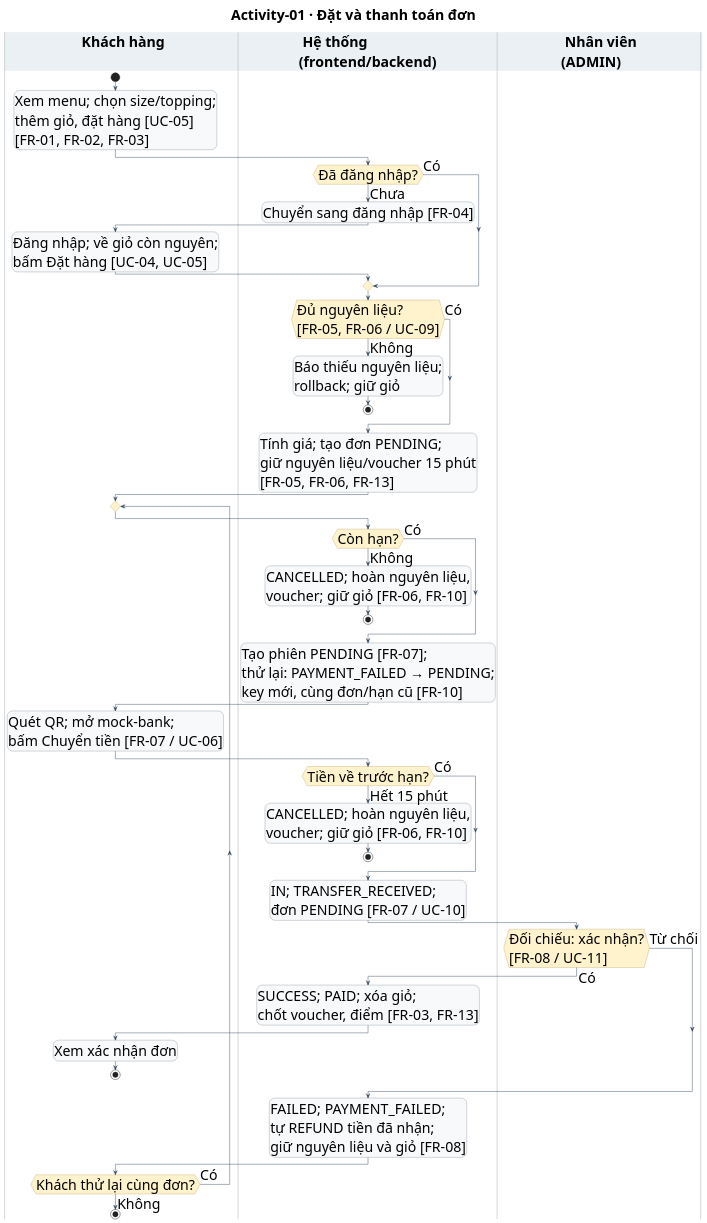
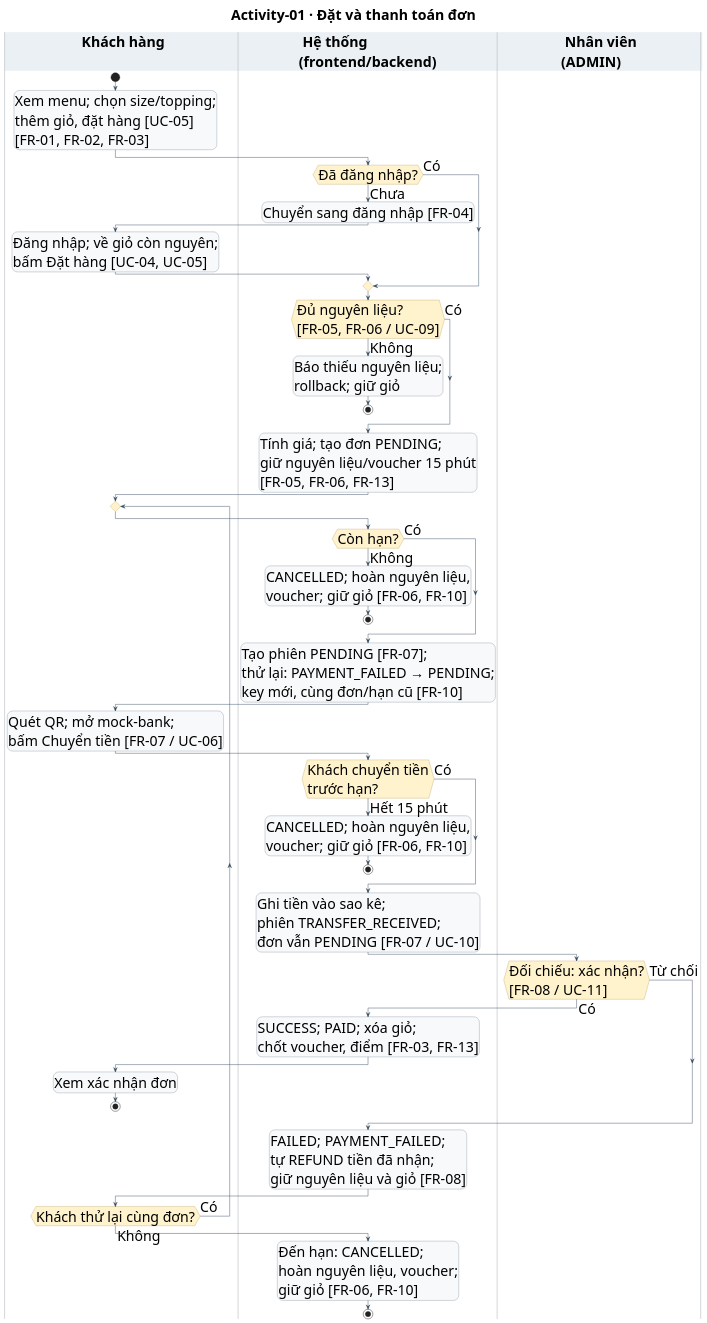
One commit to nhom6cnpm/brewlite-a2 changed the diagram in docs/diagrams/activity-checkout.puml. Above: the diagram before and after it, drawn with PlantUML. The commit also changed 3 other files, not shown here.

Commit message:
docs(diagrams): address checkout activity review

```diff
--- a/docs/diagrams/activity-checkout.puml
+++ b/docs/diagrams/activity-checkout.puml
@@ -1,80 +1,82 @@
 @startuml
 ' Activity-01 -- Task 2.1, issue #7. All required branches are in this file.
 !pragma useVerticalIf on
 skinparam defaultFontName Arial
 skinparam defaultFontSize 32
 skinparam titleFontSize 32
 skinparam shadowing false
 skinparam ArrowColor #34495E
 <style>
 activityDiagram {
   activity {
     Padding 2
   }
 }
 </style>
 skinparam activity {
   BackgroundColor #F7F9FA
   BorderColor #34495E
   DiamondBackgroundColor #FFF3CD
   DiamondBorderColor #9A6B16
 }
 skinparam swimlane {
   BorderColor #BDC3C7
   TitleBackgroundColor #EAF0F4
   TitleFontStyle bold
 }
 title Activity-01 · Đặt và thanh toán đơn
 |kh| Khách hàng
 |ht| Hệ thống\n(frontend/backend)
 |nv| Nhân viên\n(ADMIN)
 |kh|
 start
 :Xem menu; chọn size/topping;\nthêm giỏ, đặt hàng [UC-05]\n[FR-01, FR-02, FR-03];
 |ht|
 if (Đã đăng nhập?) then (Có)
 else (Chưa)
   :Chuyển sang đăng nhập [FR-04];
   |kh|
   :Đăng nhập; về giỏ còn nguyên;\nbấm Đặt hàng [UC-04, UC-05];
   |ht|
 endif
 if (Đủ nguyên liệu?\n[FR-05, FR-06 / UC-09]) then (Có)
 else (Không)
   :Báo thiếu nguyên liệu;\nrollback; giữ giỏ;
   stop
 endif
 :Tính giá; tạo đơn PENDING;\ngiữ nguyên liệu/voucher 15 phút\n[FR-05, FR-06, FR-13];
 |kh|
 repeat
   |ht|
   if (Còn hạn?) then (Có)
   else (Không)
     :CANCELLED; hoàn nguyên liệu,\nvoucher; giữ giỏ [FR-06, FR-10];
     stop
   endif
   :Tạo phiên PENDING [FR-07];\nthử lại: PAYMENT_FAILED → PENDING;\nkey mới, cùng đơn/hạn cũ [FR-10];
   |kh|
   :Quét QR; mở mock-bank;\nbấm Chuyển tiền [FR-07 / UC-06];
   |ht|
-  if (Tiền về trước hạn?) then (Có)
+  if (Khách chuyển tiền\ntrước hạn?) then (Có)
   else (Hết 15 phút)
     :CANCELLED; hoàn nguyên liệu,\nvoucher; giữ giỏ [FR-06, FR-10];
     stop
   endif
-  :IN; TRANSFER_RECEIVED;\nđơn PENDING [FR-07 / UC-10];
+  :Ghi tiền vào sao kê;\nphiên TRANSFER_RECEIVED;\nđơn vẫn PENDING [FR-07 / UC-10];
   |nv|
   if (Đối chiếu: xác nhận?\n[FR-08 / UC-11]) then (Có)
     |ht|
     :SUCCESS; PAID; xóa giỏ;\nchốt voucher, điểm [FR-03, FR-13];
     |kh|
     :Xem xác nhận đơn;
     stop
   else (Từ chối)
   endif
   |ht|
   :FAILED; PAYMENT_FAILED;\ntự REFUND tiền đã nhận;\ngiữ nguyên liệu và giỏ [FR-08];
   |kh|
 repeat while (Khách thử lại cùng đơn?) is (Có) not (Không)
+|ht|
+:Đến hạn: CANCELLED;\nhoàn nguyên liệu, voucher;\ngiữ giỏ [FR-06, FR-10];
 stop
 @enduml
```
